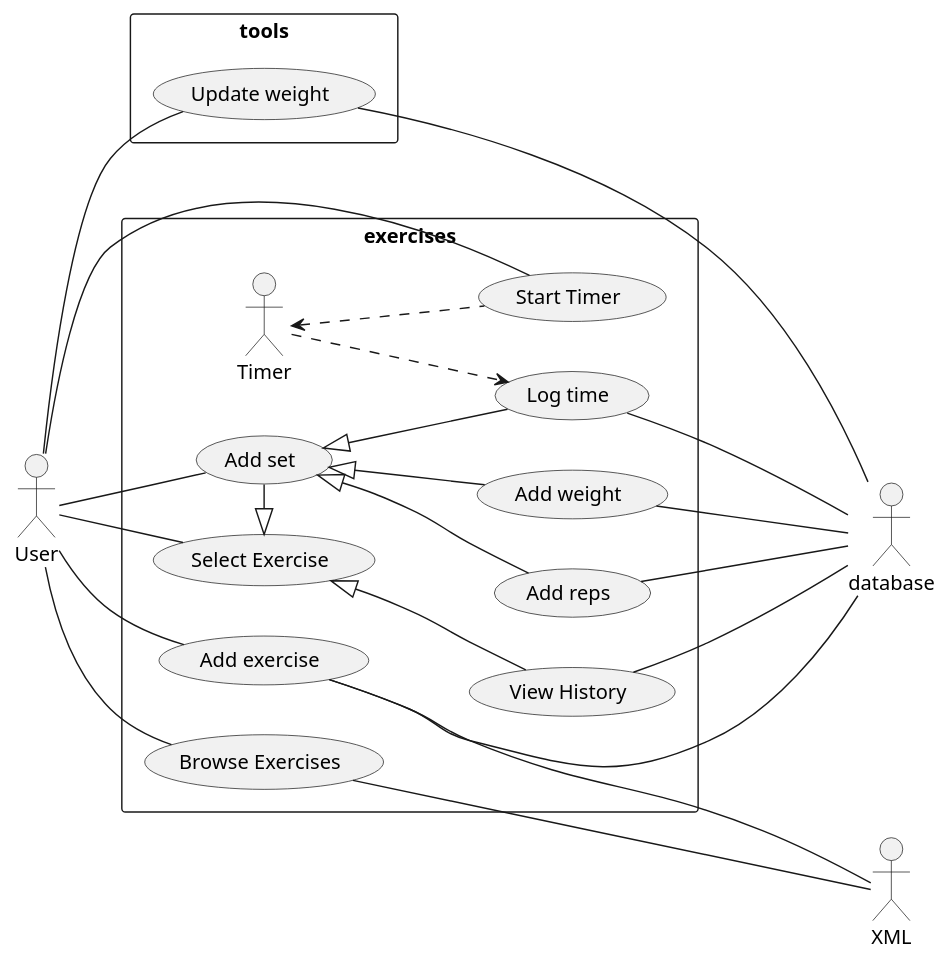
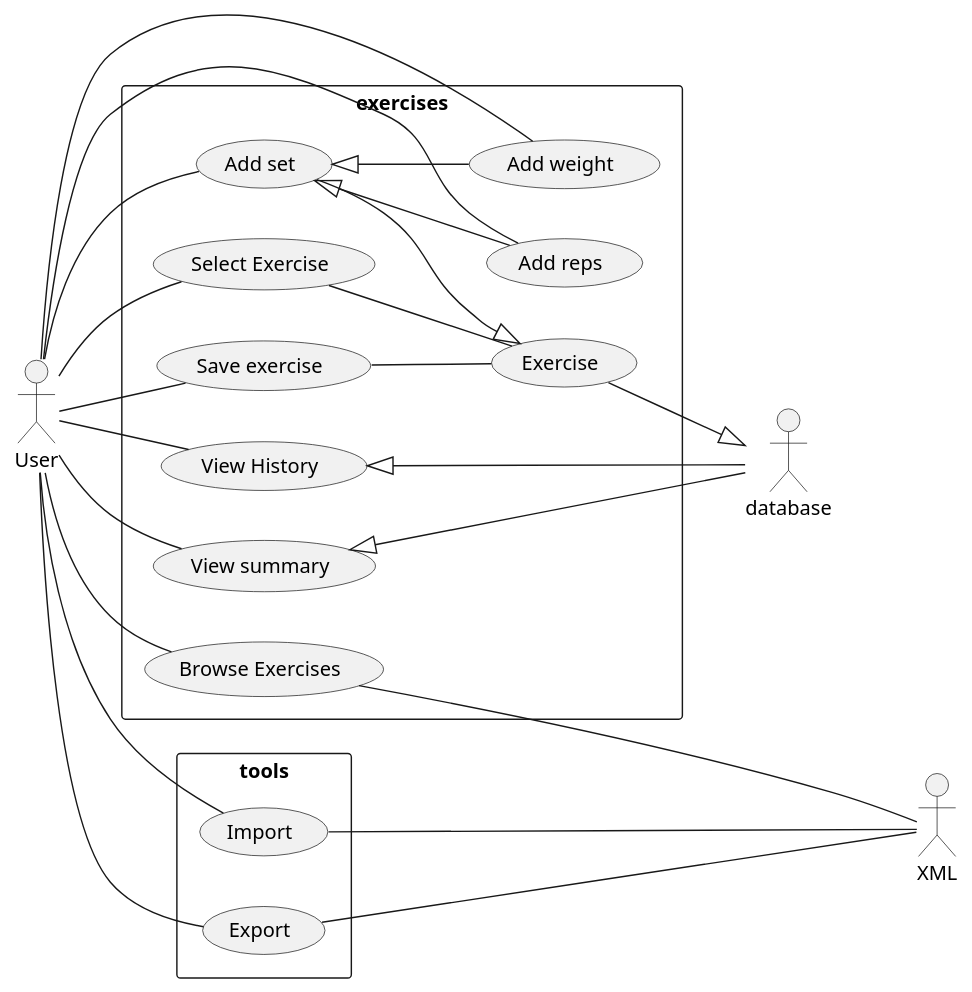
The diagram in app/UML/UseCase.puml (afortier12/ExerciseLog), drawn with PlantUML before and after one commit. The commit also changed 105 other files, not shown here.

```diff
--- a/app/UML/UseCase.puml
+++ b/app/UML/UseCase.puml
@@ -1,52 +1,51 @@
 @startuml
 :database: as Db
 :User: as user
 :XML: as xml
 
 left to right direction
 
 rectangle exercises {
-(Log time) as (Log)
 (View History) as (history)
 (Browse Exercises) as (browse)
 (Select Exercise) as (select)
 (Add set) as (add_set)
-(Add exercise) as (add_ex)
 (Add weight) as (weight_add)
 (Add reps) as (reps_add)
-(Start Timer) as (start)
+(Save exercise) as (save)
+(Exercise) as (exercise)
+(View summary) as summary
 
 
 user -- (browse)
-user --(add_ex)
 user -- (select)
 user -- (add_set)
-user -- (start)
+user -- (weight_add)
+user -- (reps_add)
+user -- (save)
+user -- (history)
+user -- summary
 
-
-(select) <|-- (history)
-
-(add_set) -l-|> (select)
-(add_set) <|-- (Log)
 (add_set) <|-- (weight_add)
 (add_set) <|-- (reps_add)
+(add_set) --|> (exercise)
 
-:Timer: <.d. (start)
-:Timer: ..> (Log)
+(select) -- exercise
 
 (browse) ---- xml
-(add_ex) ----xml
-(add_ex) ---- Db
-(history) -- Db
-(Log) -- Db
-(weight_add) -- Db
-(reps_add) -- Db
+(history) <|-- Db
+(summary) <|--Db
+(save) -- exercise
+(exercise) --|> Db
 }
 
 rectangle tools{
-(Update weight) as (weight)
+(Import) as (import)
+(Export) as (export)
 
-user  -- (weight)
-(weight) ---- Db
+user  -- (import)
+(import) ---- xml
+user -- (export)
+(export) ---- xml
 }
 @enduml
```
